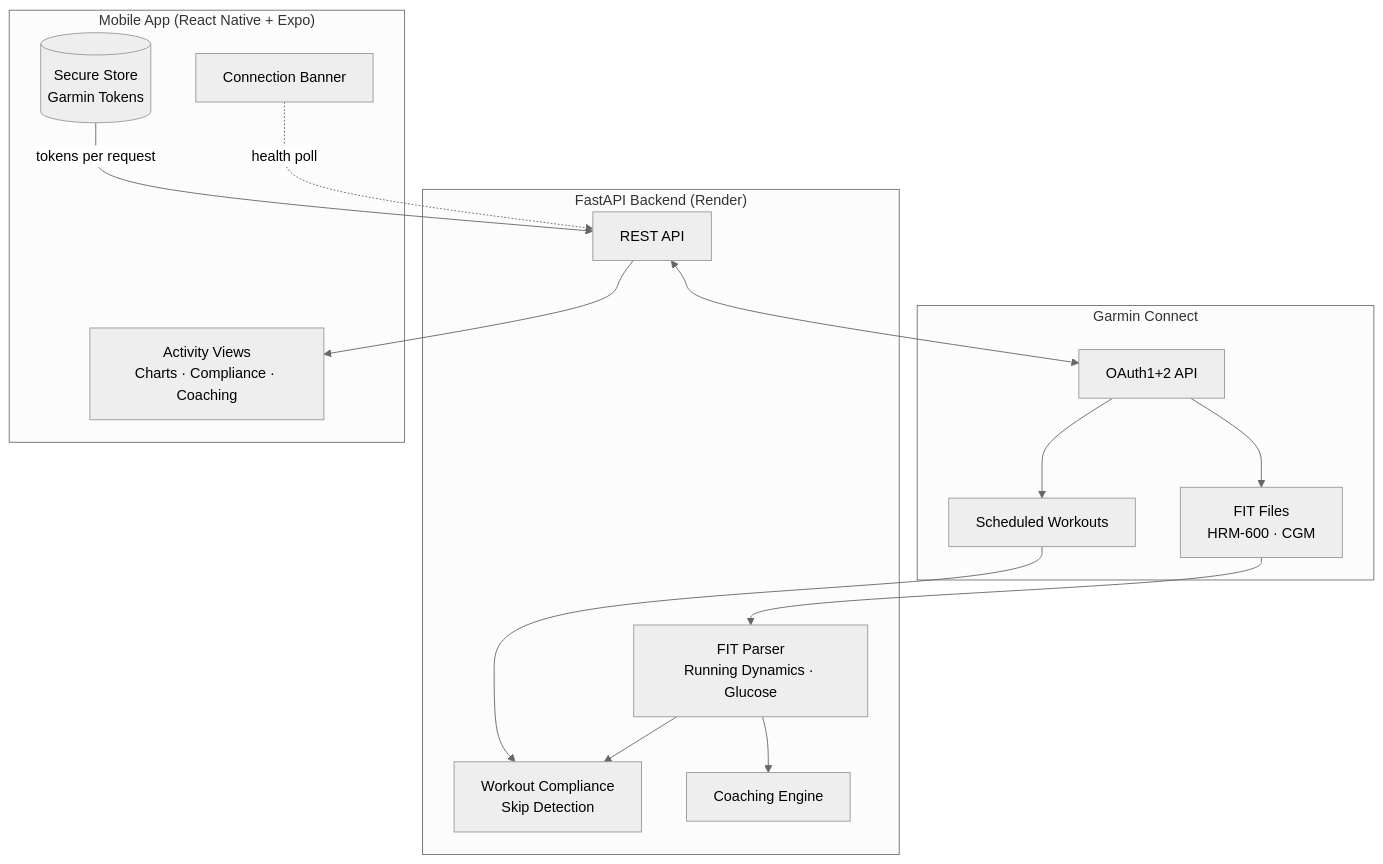
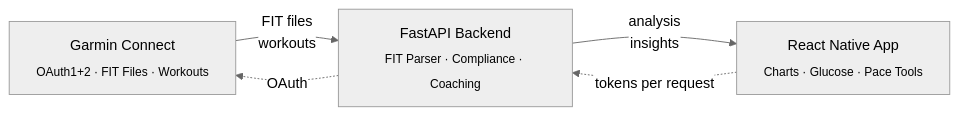
Before and after one commit to okeetris/atlas: the diagram in README.md, drawn with Mermaid (neutral theme).

Commit message:
Simplify Mermaid diagram for cleaner rendering

````diff
--- a/README.md
+++ b/README.md
@@ -76,33 +76,11 @@
 ```mermaid
-flowchart TB
-    subgraph Garmin["Garmin Connect"]
-        GarminAPI["OAuth1+2 API"]
-        FITFiles["FIT Files<br/>HRM-600 · CGM"]
-        Workouts["Scheduled Workouts"]
-    end
+flowchart LR
+    A["Garmin Connect<br/><sub>OAuth1+2 · FIT Files · Workouts</sub>"]
+    B["FastAPI Backend<br/><sub>FIT Parser · Compliance · Coaching</sub>"]
+    C["React Native App<br/><sub>Charts · Glucose · Pace Tools</sub>"]
 
-    subgraph Backend["FastAPI Backend (Render)"]
-        API["REST API"]
-        FIT["FIT Parser<br/>Running Dynamics · Glucose"]
-        Compliance["Workout Compliance<br/>Skip Detection"]
-        Coach["Coaching Engine"]
-    end
-
-    subgraph Mobile["Mobile App (React Native + Expo)"]
-        SecureStore[("Secure Store<br/>Garmin Tokens")]
-        UI["Activity Views<br/>Charts · Compliance · Coaching"]
-        Banner["Connection Banner"]
-    end
-
-    GarminAPI --> FITFiles
-    GarminAPI --> Workouts
-    FITFiles --> FIT
-    Workouts --> Compliance
-    FIT --> Compliance
-    FIT --> Coach
-
-    SecureStore -->|"tokens per request"| API
-    API <--> GarminAPI
-    API --> UI
-    Banner -.->|"health poll"| API
+    A -- "FIT files<br/>workouts" --> B
+    B -- "analysis<br/>insights" --> C
+    C -. "tokens per request" .-> B
+    B -. "OAuth" .-> A
 ```
````
